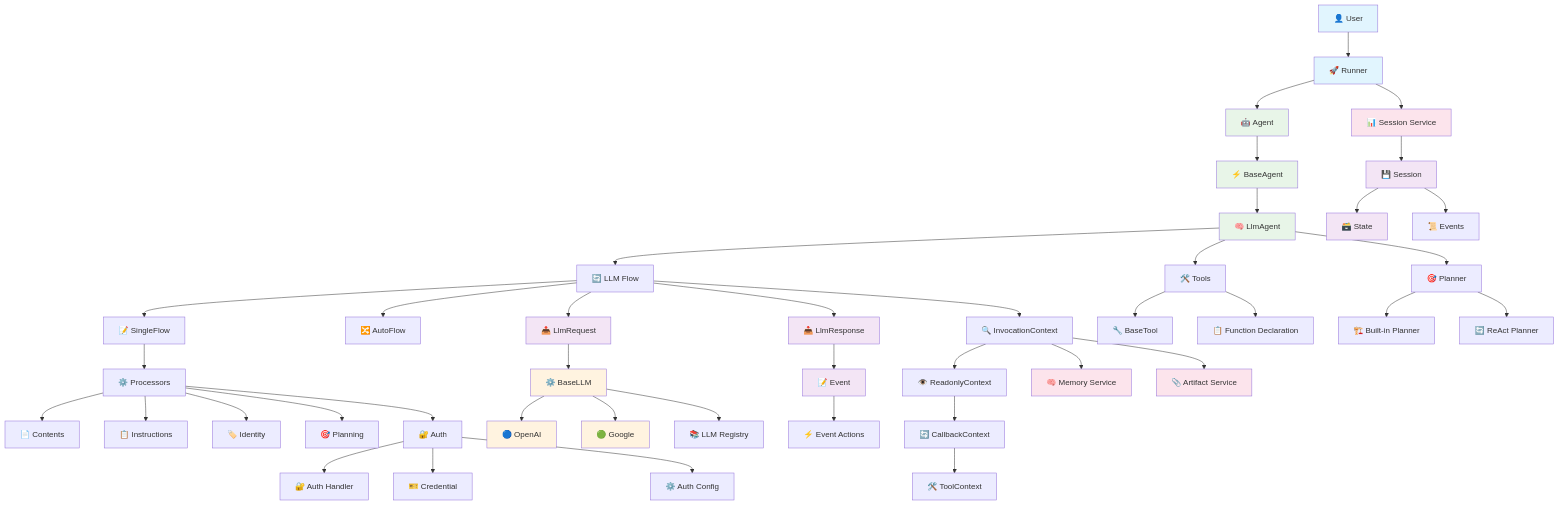
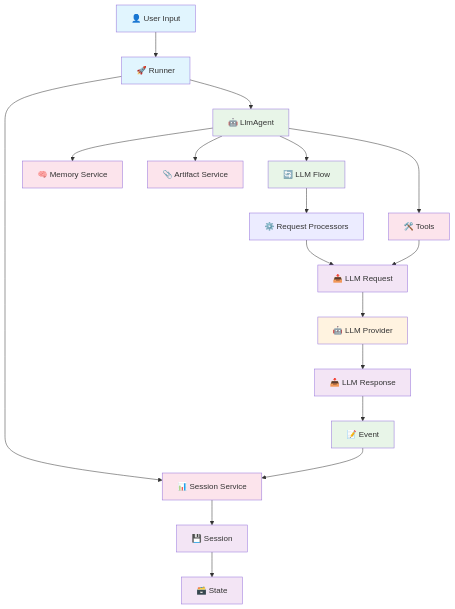
Before and after one commit to curtisdow1973-sys/adk-ts: the diagram in CONTRIBUTION.md, drawn with Mermaid. The commit also changed other lines of this file, not shown here.

Commit message:
Remove auth system sections from CONTRIBUTION.md

````diff
--- a/CONTRIBUTION.md
+++ b/CONTRIBUTION.md
@@ -7,72 +7,36 @@
 ```mermaid
 graph TB
     %% User Layer
-    User[👤 User] --> Runner[🚀 Runner]
+    User[👤 User Input] --> Runner[🚀 Runner]
     
     %% Core Orchestration
     Runner --> SessionService[📊 Session Service]
-    Runner --> Agent[🤖 Agent]
+    Runner --> Agent[🤖 LlmAgent]
     
-    %% Agent Layer
-    Agent --> BaseAgent[⚡ BaseAgent]
-    BaseAgent --> LlmAgent[🧠 LlmAgent]
-    
-    %% Flow Processing
-    LlmAgent --> LlmFlow[🔄 LLM Flow]
-    LlmFlow --> SingleFlow[📝 SingleFlow]
-    LlmFlow --> AutoFlow[🔀 AutoFlow]
-    
-    %% Processors
-    SingleFlow --> Processors[⚙️ Processors]
-    Processors --> Contents[📄 Contents]
-    Processors --> Instructions[📋 Instructions]
-    Processors --> Identity[🏷️ Identity]
-    Processors --> Planning[🎯 Planning]
-    Processors --> Auth[🔐 Auth]
-    
-    %% Models & Context
-    LlmFlow --> LlmRequest[📤 LlmRequest]
-    LlmFlow --> LlmResponse[📥 LlmResponse]
-    LlmFlow --> InvocationContext[🔍 InvocationContext]
+    %% Agent Processing
+    Agent --> LlmFlow[🔄 LLM Flow]
+    LlmFlow --> Processors[⚙️ Request Processors]
+    Processors --> LlmRequest[📤 LLM Request]
     
     %% LLM Providers
-    LlmRequest --> BaseLlm[⚙️ BaseLLM]
-    BaseLlm --> OpenAiLlm[🔵 OpenAI]
-    BaseLlm --> GoogleLlm[🟢 Google]
-    BaseLlm --> Registry[📚 LLM Registry]
+    LlmRequest --> LlmProvider[🤖 LLM Provider]
+    LlmProvider --> LlmResponse[📥 LLM Response]
     
-    %% Events & Actions
+    %% Response Processing  
     LlmResponse --> Event[📝 Event]
-    Event --> EventActions[⚡ Event Actions]
+    Event --> SessionService
+    
+    %% Tools Integration
+    Agent --> Tools[🛠️ Tools]
+    Tools --> LlmRequest
+    
+    %% Support Services
+    Agent --> MemoryService[🧠 Memory Service]
+    Agent --> ArtifactService[📎 Artifact Service]
     
     %% Session Management
     SessionService --> Session[💾 Session]
     Session --> State[🗃️ State]
-    Session --> Events[📜 Events]
-    
-    %% Tools & Extensions
-    LlmAgent --> Tools[🛠️ Tools]
-    Tools --> BaseTool[🔧 BaseTool]
-    Tools --> FunctionDeclaration[📋 Function Declaration]
-    
-    %% Context Hierarchy
-    InvocationContext --> ReadonlyContext[👁️ ReadonlyContext]
-    ReadonlyContext --> CallbackContext[🔄 CallbackContext]
-    CallbackContext --> ToolContext[🛠️ ToolContext]
-    
-    %% Support Services
-    InvocationContext --> MemoryService[🧠 Memory Service]
-    InvocationContext --> ArtifactService[📎 Artifact Service]
-    
-    %% Planning
-    LlmAgent --> Planner[🎯 Planner]
-    Planner --> BuiltInPlanner[🏗️ Built-in Planner]
-    Planner --> ReActPlanner[🔄 ReAct Planner]
-    
-    %% Authentication
-    Auth --> AuthHandler[🔐 Auth Handler]
-    Auth --> AuthCredential[🎫 Credential]
-    Auth --> AuthConfig[⚙️ Auth Config]
     
     %% Styling
     classDef userLayer fill:#e1f5fe
@@ -82,8 +46,8 @@
     classDef serviceLayer fill:#fce4ec
     
     class User,Runner userLayer
-    class Agent,BaseAgent,LlmAgent agentLayer
-    class LlmRequest,LlmResponse,Event,Session,State coreLayer
-    class OpenAiLlm,GoogleLlm,BaseLlm modelLayer
-    class SessionService,MemoryService,ArtifactService serviceLayer
+    class Agent,LlmFlow,Event agentLayer
+    class LlmRequest,LlmResponse,Session,State coreLayer
+    class LlmProvider modelLayer
+    class SessionService,MemoryService,ArtifactService,Tools serviceLayer
 ```
````
